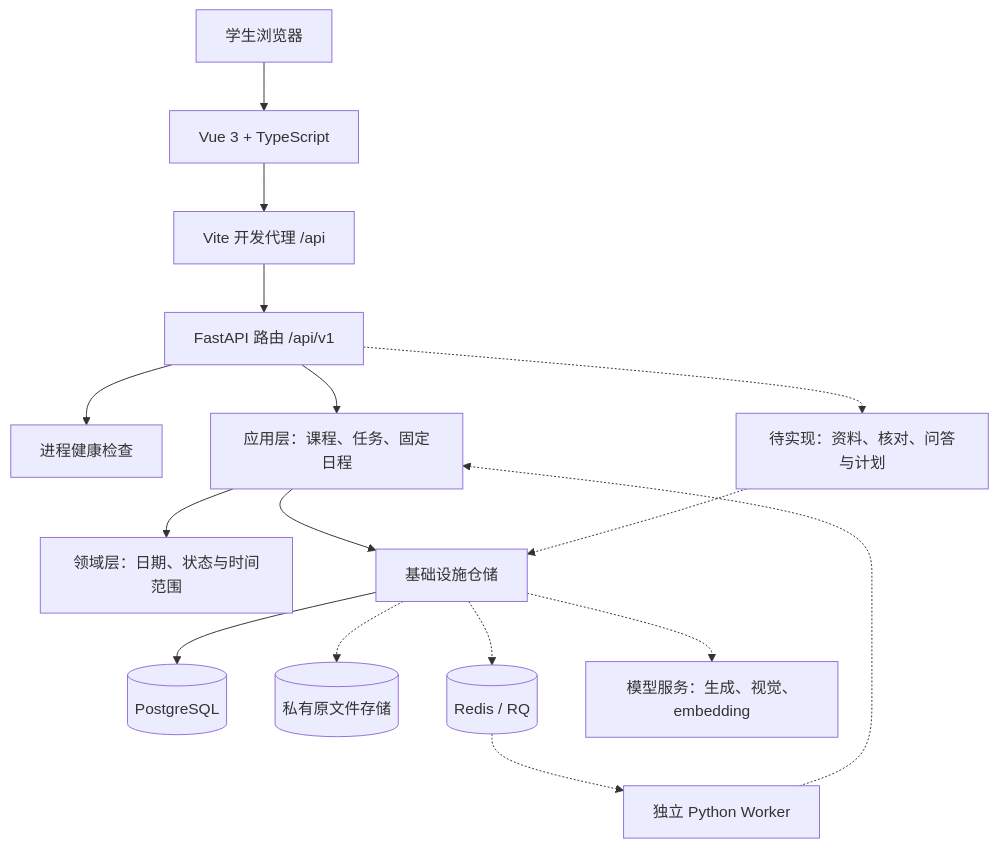
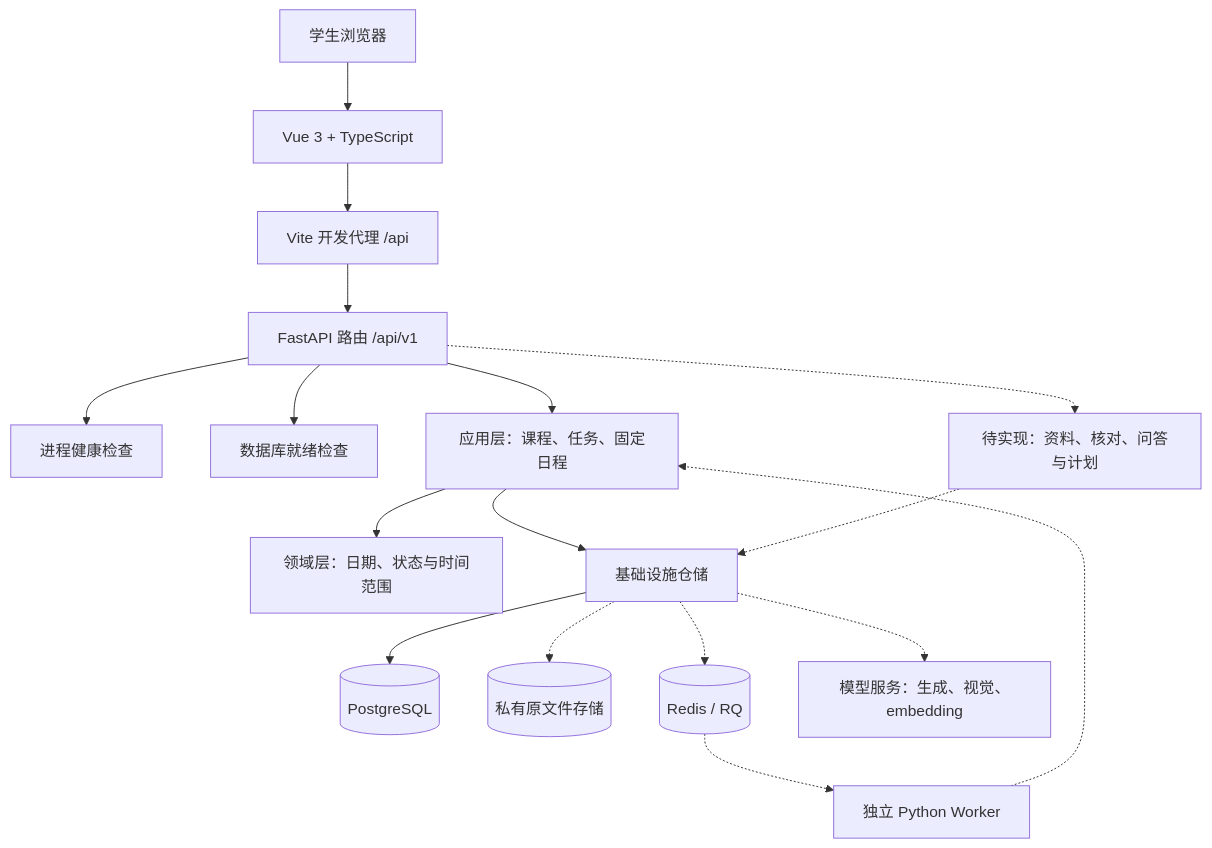
The first of 3 diagrams in docs/ARCHITECTURE.md (LUNARKN1GHT/CampusFlow), drawn with Mermaid before and after one commit. The commit also changed other lines of this file and 4 other files, not shown here.

````diff
--- a/docs/ARCHITECTURE.md
+++ b/docs/ARCHITECTURE.md
@@ -42,19 +42,20 @@
 ```mermaid
 flowchart TB
     User[学生浏览器] --> Web[Vue 3 + TypeScript]
     Web --> Proxy[Vite 开发代理 /api]
     Proxy --> API[FastAPI 路由 /api/v1]
     API --> Health[进程健康检查]
+    API --> Ready[数据库就绪检查]
 
     API --> UseCases[应用层：课程、任务、固定日程]
     UseCases --> Domain[领域层：日期、状态与时间范围]
     UseCases --> Adapters[基础设施仓储]
     Adapters --> DB[(PostgreSQL)]
     API -.-> Future[待实现：资料、核对、问答与计划]
     Future -.-> Adapters
     Adapters -.-> Files[(私有原文件存储)]
     Adapters -.-> Queue[(Redis / RQ)]
     Adapters -.-> Models[模型服务：生成、视觉、embedding]
     Queue -.-> Worker[独立 Python Worker]
     Worker -.-> UseCases
 ```
````
